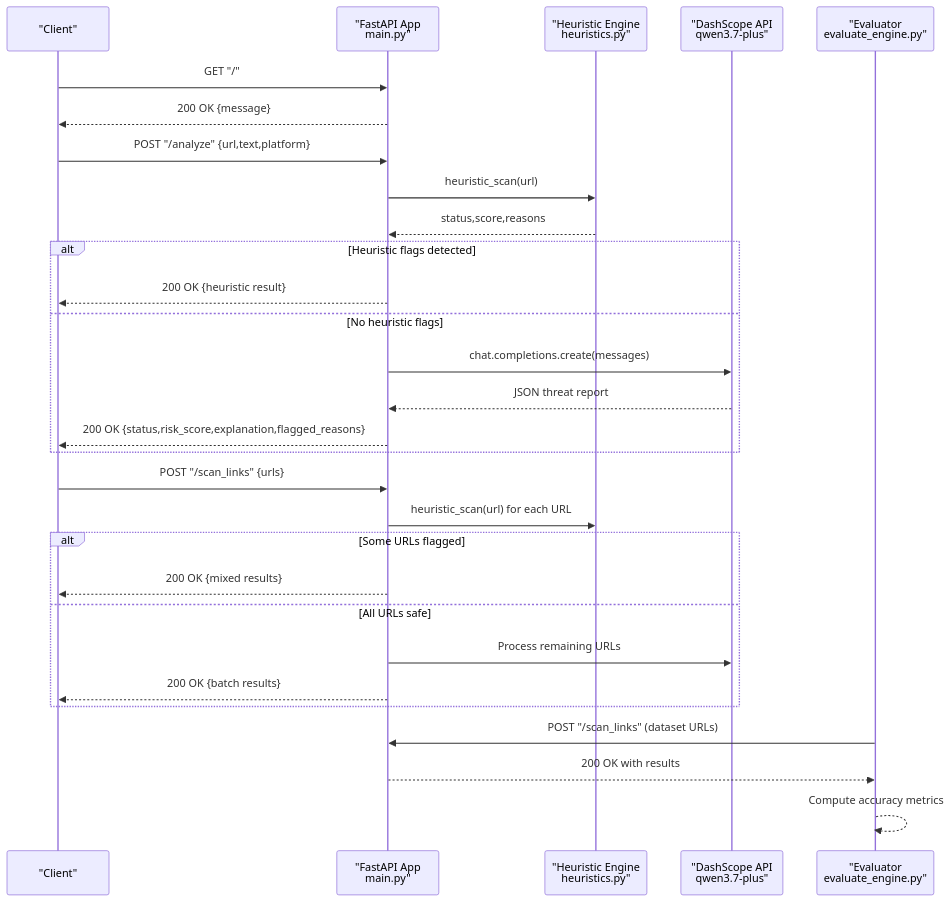
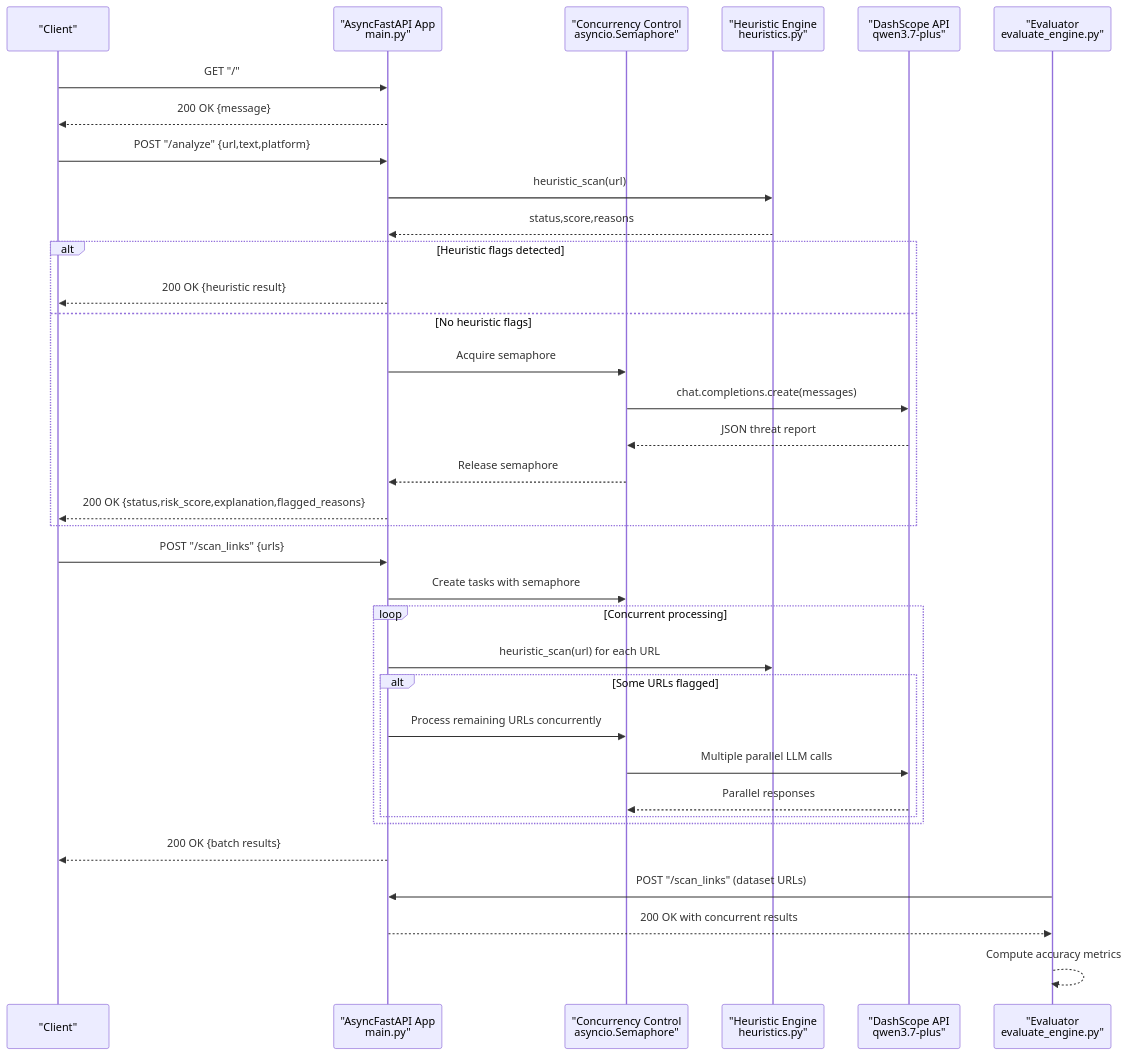
One commit to Aymanaahh/scrollguard-ai changed the second of 5 diagrams in .qoder/repowiki/en/content/Backend API Documentation.md. Above: the diagram before and after it, drawn with Mermaid. The commit also changed other lines of this file and 18 other files, not shown here.

````diff
--- a/.qoder/repowiki/en/content/Backend API Documentation.md
+++ b/.qoder/repowiki/en/content/Backend API Documentation.md
@@ -104,31 +111,37 @@
 ```mermaid
 sequenceDiagram
 participant Client as "Client"
-participant FastAPI as "FastAPI App<br/>main.py"
+participant FastAPI as "AsyncFastAPI App<br/>main.py"
+participant Semaphore as "Concurrency Control<br/>asyncio.Semaphore"
 participant Heuristics as "Heuristic Engine<br/>heuristics.py"
 participant LLM as "DashScope API<br/>qwen3.7-plus"
 participant Eval as "Evaluator<br/>evaluate_engine.py"
 Client->>FastAPI : GET "/"
 FastAPI-->>Client : 200 OK {message}
 Client->>FastAPI : POST "/analyze" {url,text,platform}
 FastAPI->>Heuristics : heuristic_scan(url)
 Heuristics-->>FastAPI : status,score,reasons
 alt Heuristic flags detected
 FastAPI-->>Client : 200 OK {heuristic result}
 else No heuristic flags
-FastAPI->>LLM : chat.completions.create(messages)
-LLM-->>FastAPI : JSON threat report
+FastAPI->>Semaphore : Acquire semaphore
+Semaphore->>LLM : chat.completions.create(messages)
+LLM-->>Semaphore : JSON threat report
+Semaphore-->>FastAPI : Release semaphore
 FastAPI-->>Client : 200 OK {status,risk_score,explanation,flagged_reasons}
 end
 Client->>FastAPI : POST "/scan_links" {urls}
+FastAPI->>Semaphore : Create tasks with semaphore
+loop Concurrent processing
 FastAPI->>Heuristics : heuristic_scan(url) for each URL
 alt Some URLs flagged
-FastAPI-->>Client : 200 OK {mixed results}
-else All URLs safe
-FastAPI->>LLM : Process remaining URLs
+FastAPI->>Semaphore : Process remaining URLs concurrently
+Semaphore->>LLM : Multiple parallel LLM calls
+LLM-->>Semaphore : Parallel responses
+end
+end
 FastAPI-->>Client : 200 OK {batch results}
-end
 Eval->>FastAPI : POST "/scan_links" (dataset URLs)
-FastAPI-->>Eval : 200 OK with results
+FastAPI-->>Eval : 200 OK with concurrent results
 Eval-->>Eval : Compute accuracy metrics
 ```
````
